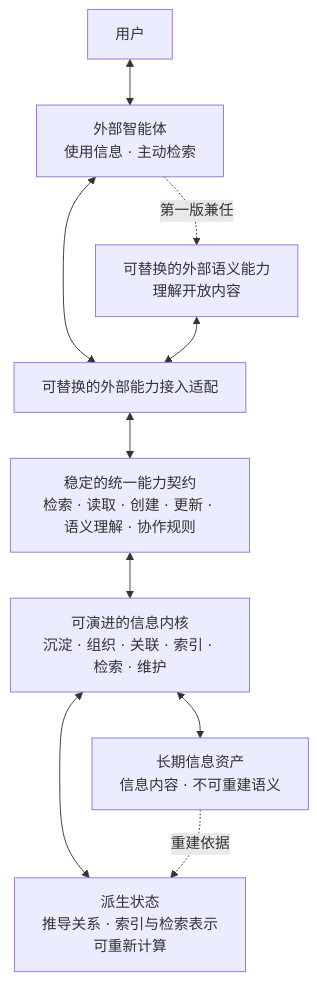
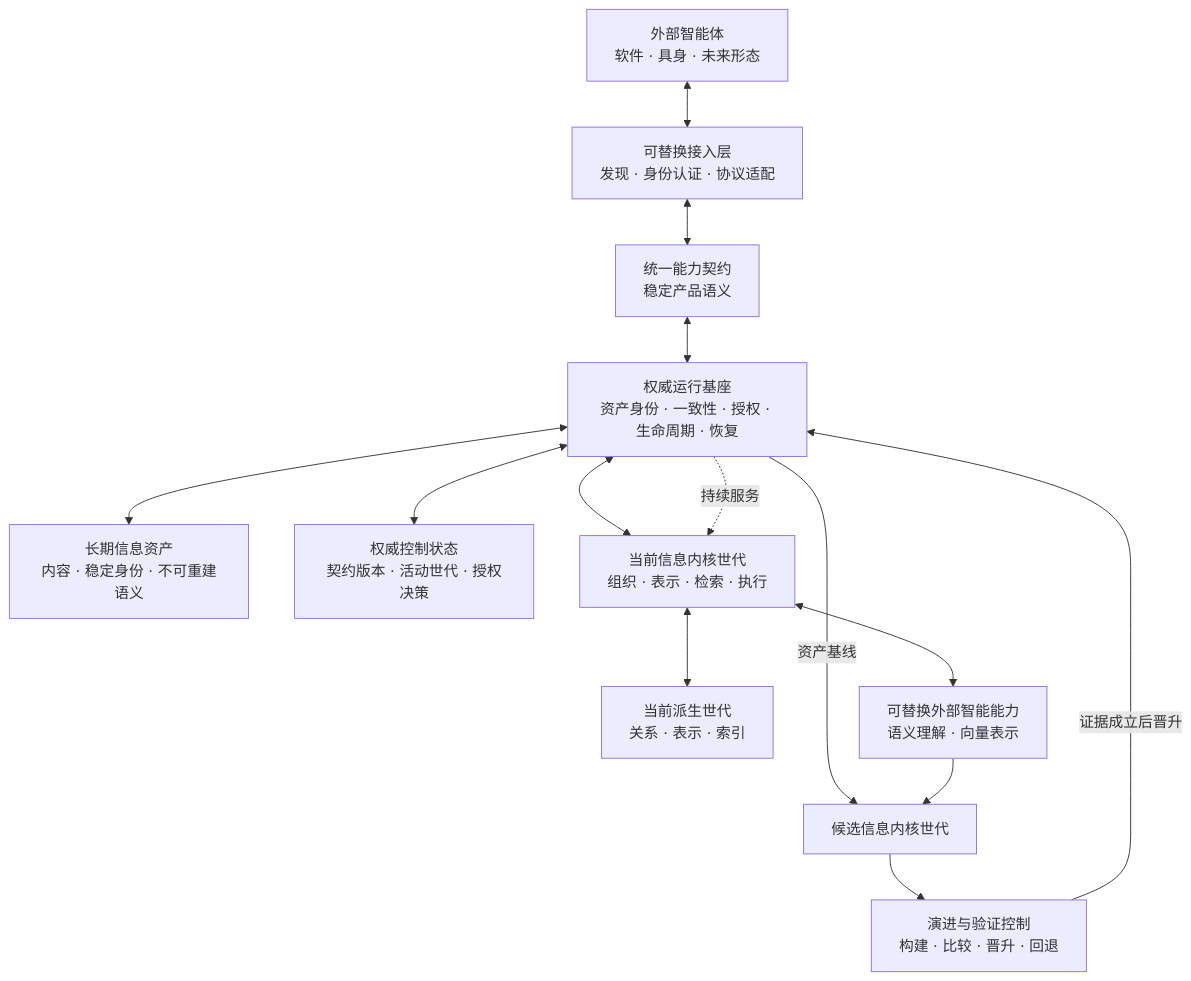
One commit to HJSunDev/ownward changed the diagram in docs/architecture/overview.md. Above: the diagram before and after it, drawn with Mermaid. The commit also changed other lines of this file and 4 other files, not shown here.

First line of the commit message:
docs(architecture): establish authority substrate migration

````diff
--- a/docs/architecture/overview.md
+++ b/docs/architecture/overview.md
@@ -40,21 +30,31 @@
 ```mermaid
 flowchart TB
-    U["用户"]
-    X["外部智能体<br/>使用信息 · 主动检索"]
-    S["可替换的外部语义能力<br/>理解开放内容"]
-    P["可替换的外部能力接入适配"]
-    C["稳定的统一能力契约<br/>检索 · 读取 · 创建 · 更新 · 语义理解 · 协作规则"]
-    K["可演进的信息内核<br/>沉淀 · 组织 · 关联 · 索引 · 检索 · 维护"]
-    A["长期信息资产<br/>信息内容 · 不可重建语义"]
-    D["派生状态<br/>推导关系 · 索引与检索表示<br/>可重新计算"]
+    A["外部智能体<br/>软件 · 具身 · 未来形态"]
+    AD["可替换接入层<br/>发现 · 身份认证 · 协议适配"]
+    CC["统一能力契约<br/>稳定产品语义"]
 
-    U <--> X
-    X <--> P
-    S <--> P
-    X -. "第一版兼任" .-> S
-    P <--> C
-    C <--> K
-    K <--> A
-    K <--> D
-    A -. "重建依据" .-> D
+    AR["权威运行基座<br/>资产身份 · 一致性 · 授权 · 生命周期 · 恢复"]
+    VA["长期信息资产<br/>内容 · 稳定身份 · 不可重建语义"]
+    CS["权威控制状态<br/>契约版本 · 活动世代 · 授权决策"]
+
+    KG["当前信息内核世代<br/>组织 · 表示 · 检索 · 执行"]
+    DG["当前派生世代<br/>关系 · 表示 · 索引"]
+    EI["可替换外部智能能力<br/>语义理解 · 向量表示"]
+
+    KC["候选信息内核世代"]
+    EV["演进与验证控制<br/>构建 · 比较 · 晋升 · 回退"]
+
+    A <--> AD
+    AD <--> CC
+    CC <--> AR
+    AR <--> VA
+    AR <--> CS
+    AR <--> KG
+    KG <--> DG
+    KG <--> EI
+    AR -->|"资产基线"| KC
+    EI --> KC
+    KC --> EV
+    EV -->|"证据成立后晋升"| AR
+    AR -.->|"持续服务"| KG
 ```
````
